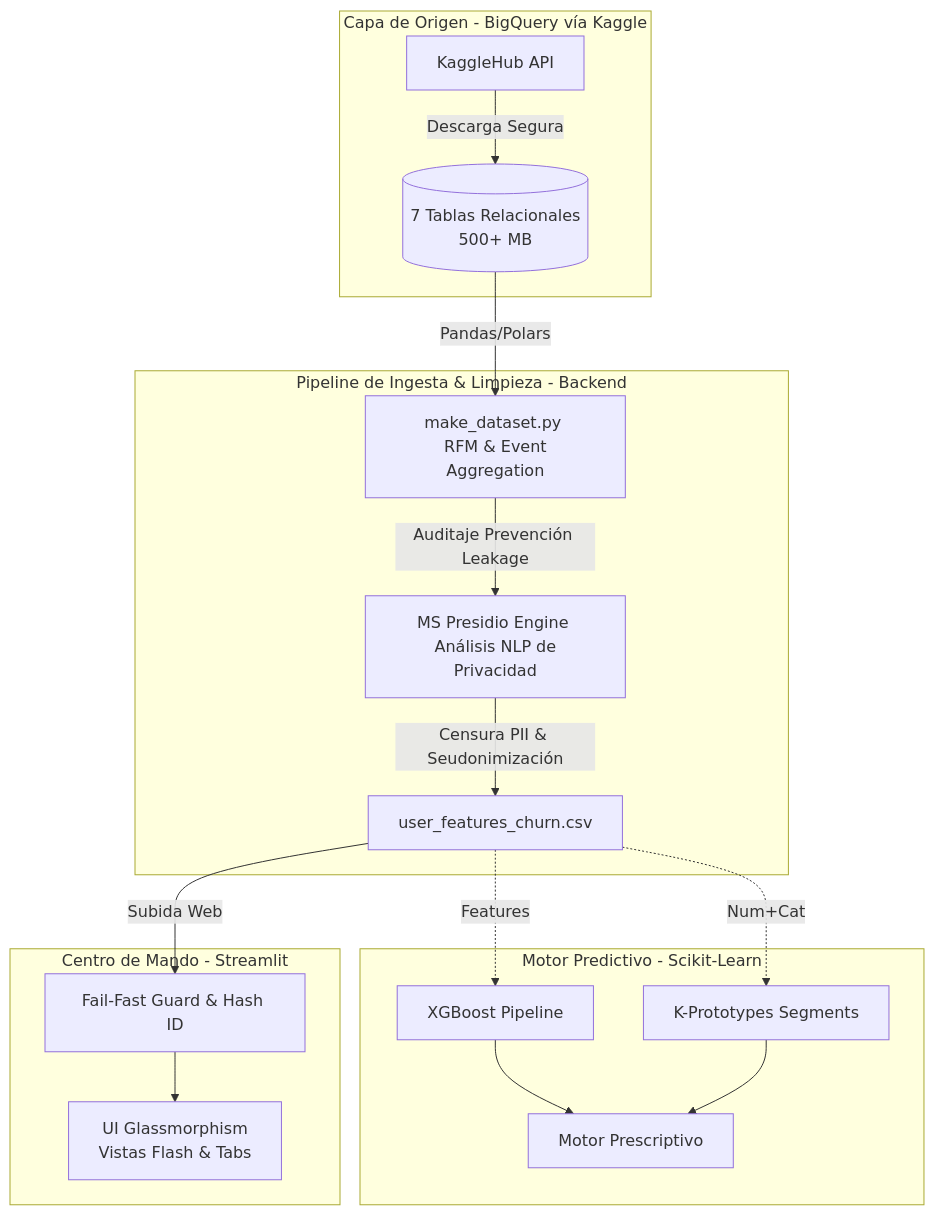
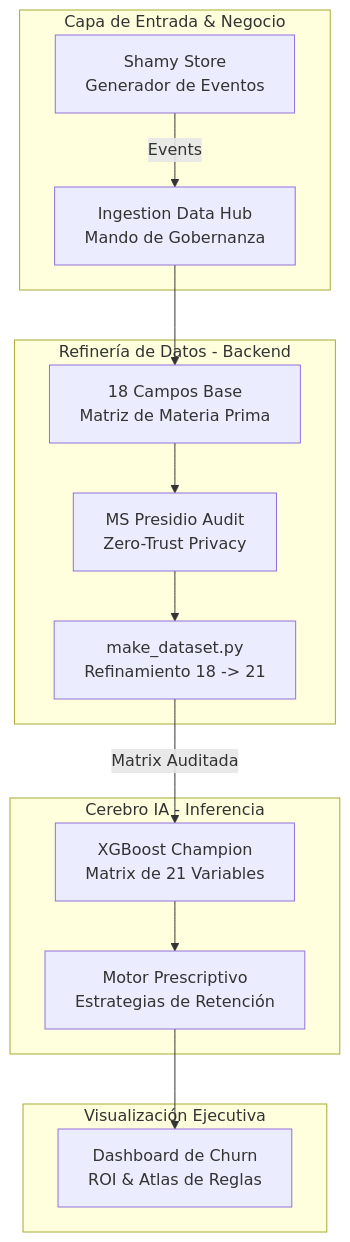
The diagram in README.md (No-Country-simulation/S03-26-Equipo-45-Data-Science), drawn with Mermaid before and after one commit. The commit also changed other lines of this file and 31 other files, not shown here.

Commit message:
feat: add ingestion_hub, ecommerce; refactor make_dataset (versioning) & main (dynamic UI); fix model selection (Recall focus).

````diff
--- a/README.md
+++ b/README.md
@@ -90,38 +92,31 @@
 ```mermaid
 graph TD
-    subgraph Data Source [Capa de Origen - BigQuery vía Kaggle]
-        KGL[KaggleHub API]
-        R[(7 Tablas Relacionales \n 500+ MB)]
+    subgraph Ingestion [Capa de Entrada & Negocio]
+        Store[Shamy Store \n Generador de Eventos]
+        Hub[Ingestion Data Hub \n Mando de Gobernanza]
     end
 
-    subgraph ETL [Pipeline de Ingesta & Limpieza - Backend]
-        Merge[make_dataset.py \n RFM & Event Aggregation]
-        PII[MS Presidio Engine \n Análisis NLP de Privacidad]
-        DB_Wh[user_features_churn.csv]
+    subgraph ETL [Refinería de Datos - Backend]
+        Raw[18 Campos Base \n Matriz de Materia Prima]
+        PII[MS Presidio Audit \n Zero-Trust Privacy]
+        Ref[make_dataset.py \n Refinamiento 18 -> 21]
     end
 
-    subgraph ML [Motor Predictivo - Scikit-Learn]
-        XGB[XGBoost Pipeline]
-        KPT[K-Prototypes Segments]
-        Actions[Motor Prescriptivo]
+    subgraph ML [Cerebro IA - Inferencia]
+        XGB[XGBoost Champion \n Matrix de 21 Variables]
+        Actions[Motor Prescriptivo \n Estrategias de Retención]
     end
 
-    subgraph Frontend [Centro de Mando - Streamlit]
-        Guard[Fail-Fast Guard & Hash ID]
-        UX[UI Glassmorphism \n Vistas Flash & Tabs]
+    Store -->|Events| Hub
+    Hub --> Raw
+    Raw --> PII
+    PII --> Ref
+    Ref -->|Matrix Auditada| XGB
+    XGB --> Actions
+    
+    subgraph Front [Visualización Ejecutiva]
+        Dash[Dashboard de Churn \n ROI & Atlas de Reglas]
     end
-
-    KGL -->|Descarga Segura| R
-    R -->|Pandas/Polars| Merge
-    Merge -->|Auditaje Prevención Leakage| PII
-    PII -->|Censura PII & Seudonimización| DB_Wh
-
-    DB_Wh -.->|Features| XGB
-    DB_Wh -.->|Num+Cat| KPT
     
-    XGB --> Actions
-    KPT --> Actions
-    
-    DB_Wh -->|Subida Web| Guard
-    Guard --> UX
+    Actions --> Dash
 ```
````
